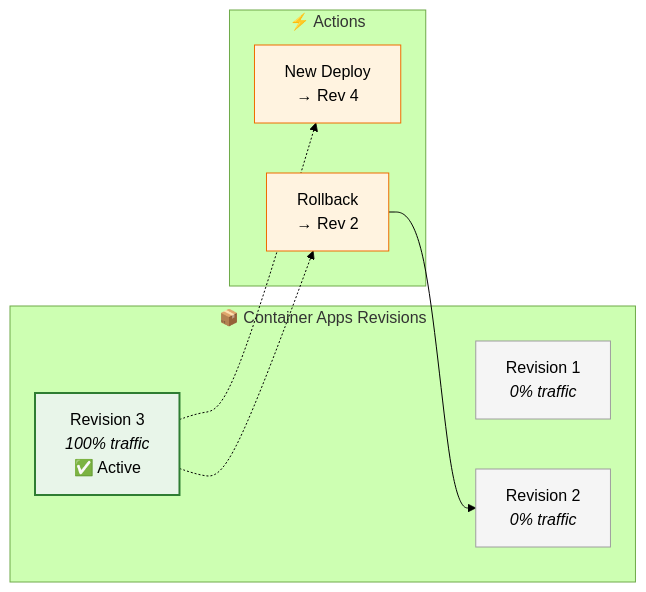
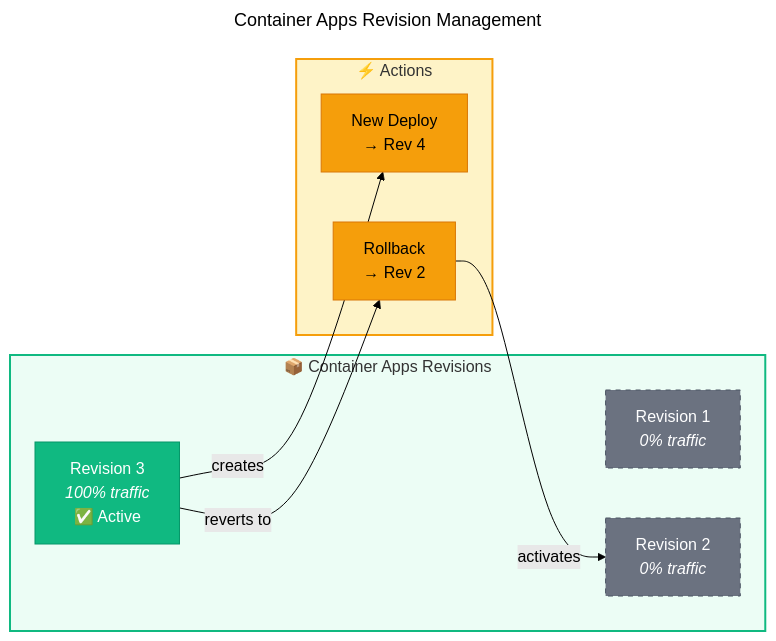
The fifth of 5 diagrams in docs/architecture/07-deployment-architecture.md (Evilazaro/Azure-LogicApps-Monitoring), drawn with Mermaid (forest theme) before and after one commit. The commit also changed other lines of this file, not shown here.

Commit message:
feat: Revise deployment architecture diagrams with enhanced environment configurations, connections, and visual styles

````diff
--- a/docs/architecture/07-deployment-architecture.md
+++ b/docs/architecture/07-deployment-architecture.md
@@ -360,25 +426,37 @@
 ```mermaid
+---
+title: Container Apps Revision Management
+---
 flowchart LR
+    %% ===== REVISIONS =====
     subgraph Revisions["📦 Container Apps Revisions"]
         Rev1["Revision 1<br/><i>0% traffic</i>"]
         Rev2["Revision 2<br/><i>0% traffic</i>"]
         Rev3["Revision 3<br/><i>100% traffic</i><br/>✅ Active"]
     end
 
+    %% ===== ACTIONS =====
     subgraph Actions["⚡ Actions"]
         Deploy["New Deploy<br/>→ Rev 4"]
         Rollback["Rollback<br/>→ Rev 2"]
     end
 
-    Rev3 -.-> Deploy
-    Rev3 -.-> Rollback
-    Rollback --> Rev2
+    %% ===== CONNECTIONS =====
+    Rev3 -->|"creates"| Deploy
+    Rev3 -->|"reverts to"| Rollback
+    Rollback -->|"activates"| Rev2
 
-    classDef active fill:#e8f5e9,stroke:#2e7d32,stroke-width:2px
-    classDef inactive fill:#f5f5f5,stroke:#9e9e9e
-    classDef action fill:#fff3e0,stroke:#ef6c00
+    %% ===== STYLES - NODE CLASSES =====
+    classDef secondary fill:#10B981,stroke:#059669,color:#FFFFFF
+    classDef external fill:#6B7280,stroke:#4B5563,color:#FFFFFF,stroke-dasharray:5 5
+    classDef trigger fill:#F59E0B,stroke:#D97706,color:#000000
 
-    class Rev3 active
-    class Rev1,Rev2 inactive
-    class Deploy,Rollback action
+    %% ===== CLASS ASSIGNMENTS =====
+    class Rev3 secondary
+    class Rev1,Rev2 external
+    class Deploy,Rollback trigger
+
+    %% ===== SUBGRAPH STYLES =====
+    style Revisions fill:#ECFDF5,stroke:#10B981,stroke-width:2px
+    style Actions fill:#FEF3C7,stroke:#F59E0B,stroke-width:2px
 ```
````
